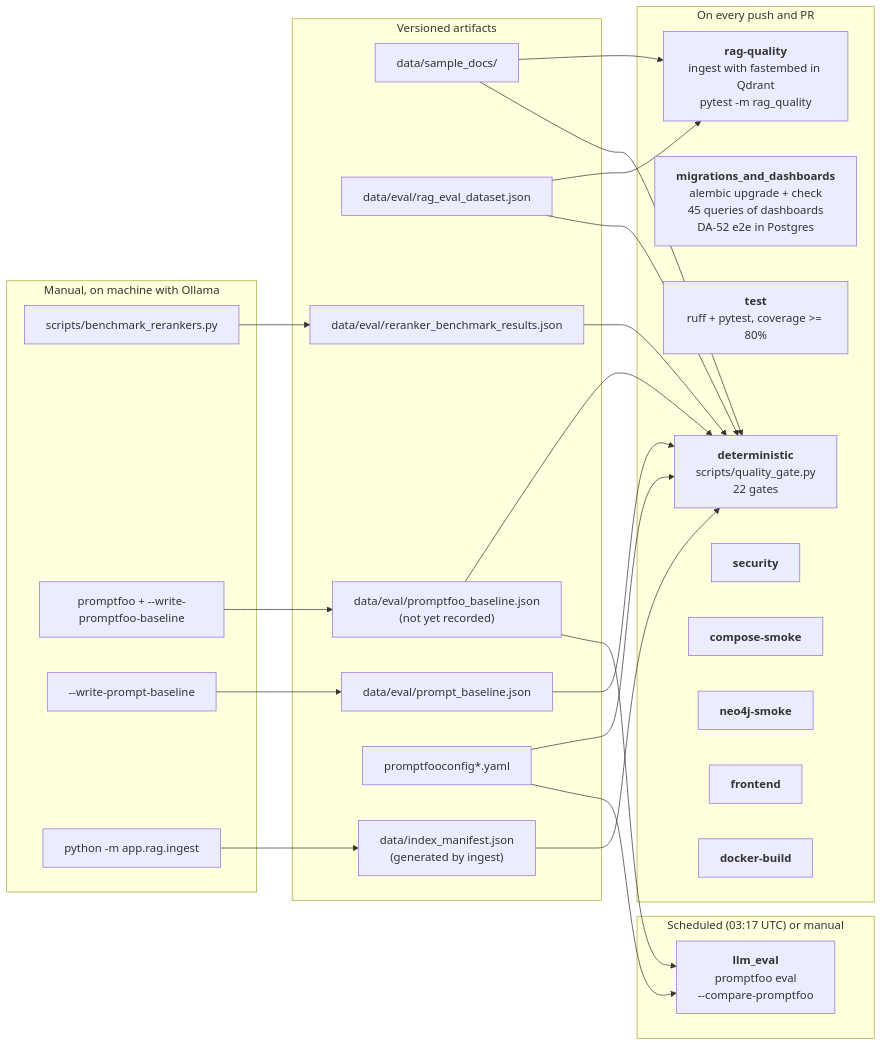
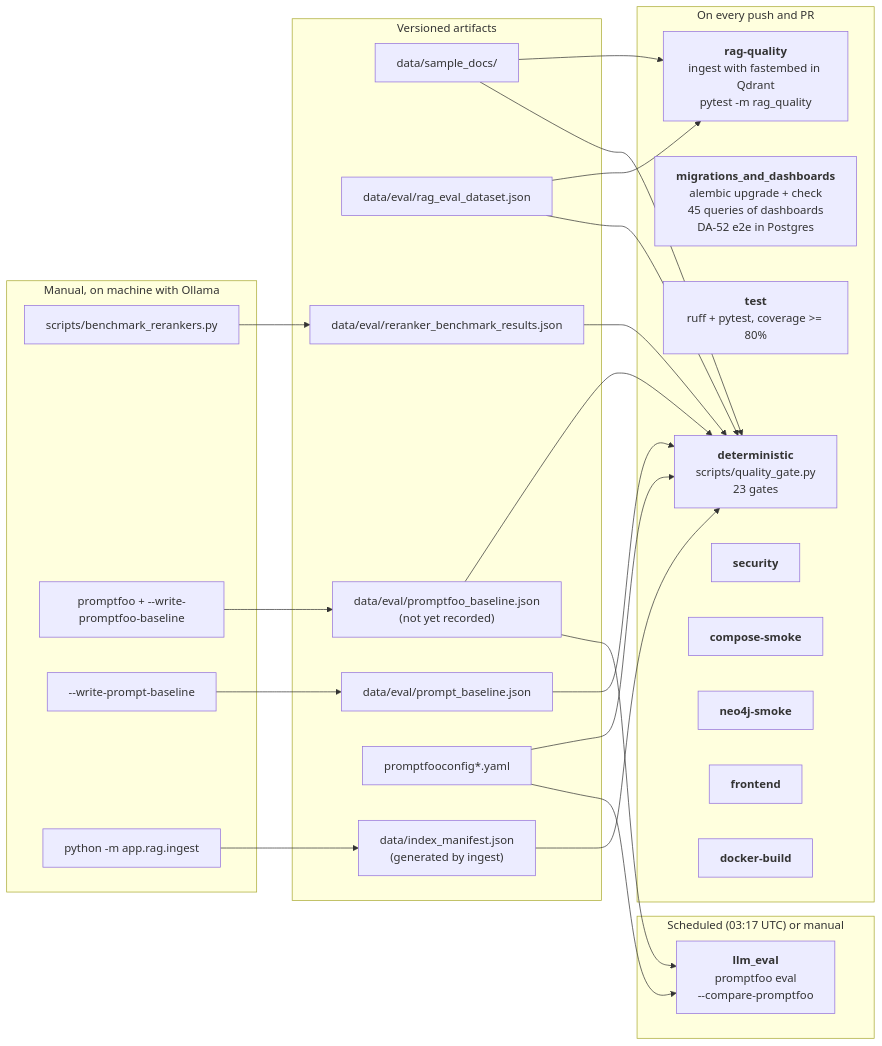
Before and after one commit to marcos-slima/integration-incident-copilot: the diagram in docs/en/QUALITY_GATES.md, drawn with Mermaid. The commit also changed 8 other files, not shown here.

````diff
--- a/docs/en/QUALITY_GATES.md
+++ b/docs/en/QUALITY_GATES.md
@@ -43,51 +43,51 @@
 ```mermaid
 flowchart LR
     subgraph artifacts["Versioned artifacts"]
         docs["data/sample_docs/"]
         ds["data/eval/rag_eval_dataset.json"]
         rb["data/eval/reranker_benchmark_results.json"]
         pb["data/eval/prompt_baseline.json"]
         fb["data/eval/promptfoo_baseline.json<br/>(not yet recorded)"]
         cfg["promptfooconfig*.yaml"]
         mf["data/index_manifest.json<br/>(generated by ingest)"]
     end
 
     subgraph pr["On every push and PR"]
-        det["<b>deterministic</b><br/>scripts/quality_gate.py<br/>22 gates"]
+        det["<b>deterministic</b><br/>scripts/quality_gate.py<br/>23 gates"]
         mig["<b>migrations_and_dashboards</b><br/>alembic upgrade + check<br/>45 queries of dashboards<br/>DA-52 e2e in Postgres"]
         tst["<b>test</b><br/>ruff + pytest, coverage >= 80%"]
         rq["<b>rag-quality</b><br/>ingest with fastembed in Qdrant<br/>pytest -m rag_quality"]
         sec["<b>security</b>"]
         cs["<b>compose-smoke</b>"]
         n4["<b>neo4j-smoke</b>"]
         fe["<b>frontend</b>"]
         db["<b>docker-build</b>"]
     end
 
     subgraph scheduled["Scheduled (03:17 UTC) or manual"]
         llm["<b>llm_eval</b><br/>promptfoo eval<br/>--compare-promptfoo"]
     end
 
     subgraph manual["Manual, on machine with Ollama"]
         bm["scripts/benchmark_rerankers.py"]
         pf["promptfoo + --write-promptfoo-baseline"]
         pd["--write-prompt-baseline"]
         ing["python -m app.rag.ingest"]
     end
 
     docs --> rq
     ds --> rq
     ds --> det
     docs --> det
     rb --> det
     pb --> det
     cfg --> det
     fb --> det
     mf --> det
     cfg --> llm
     fb --> llm
     bm --> rb
     pf --> fb
     pd --> pb
     ing --> mf
 ```
````
